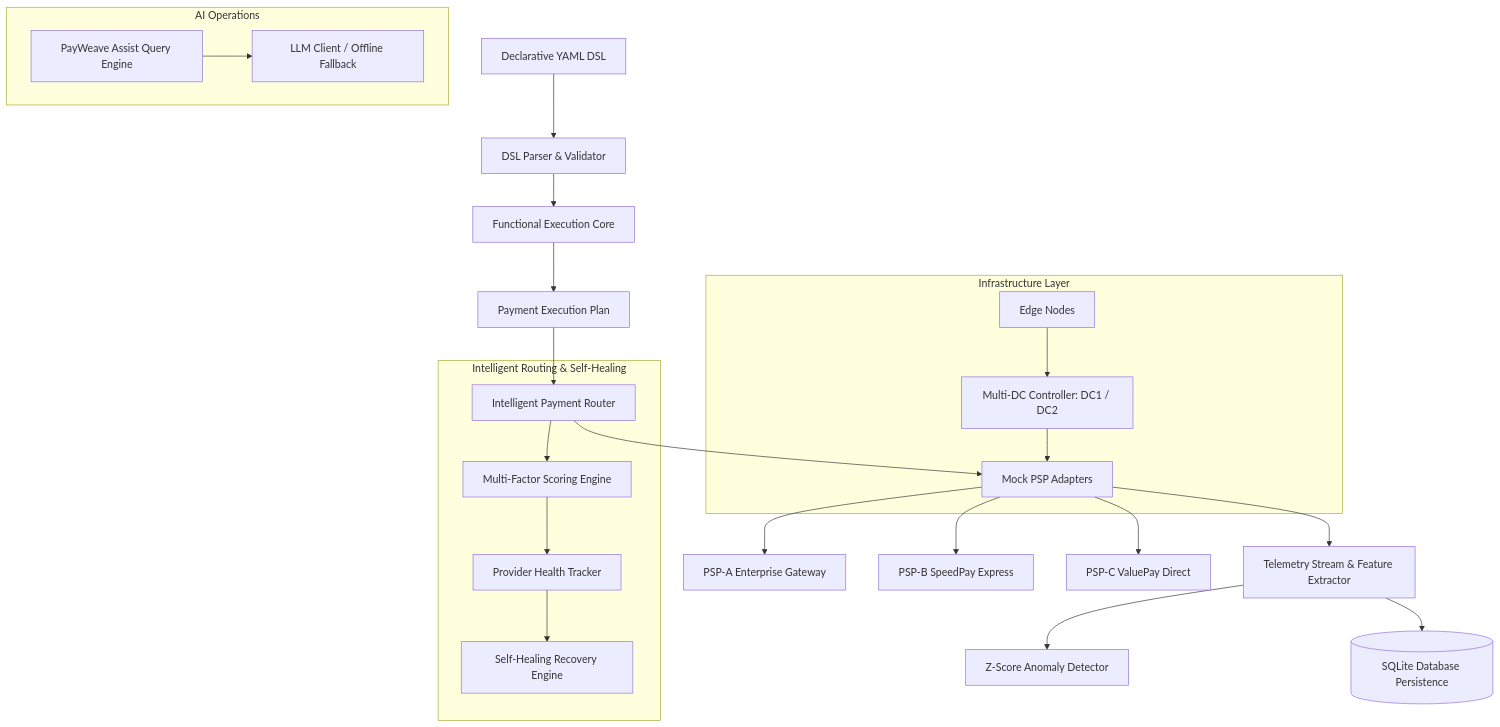
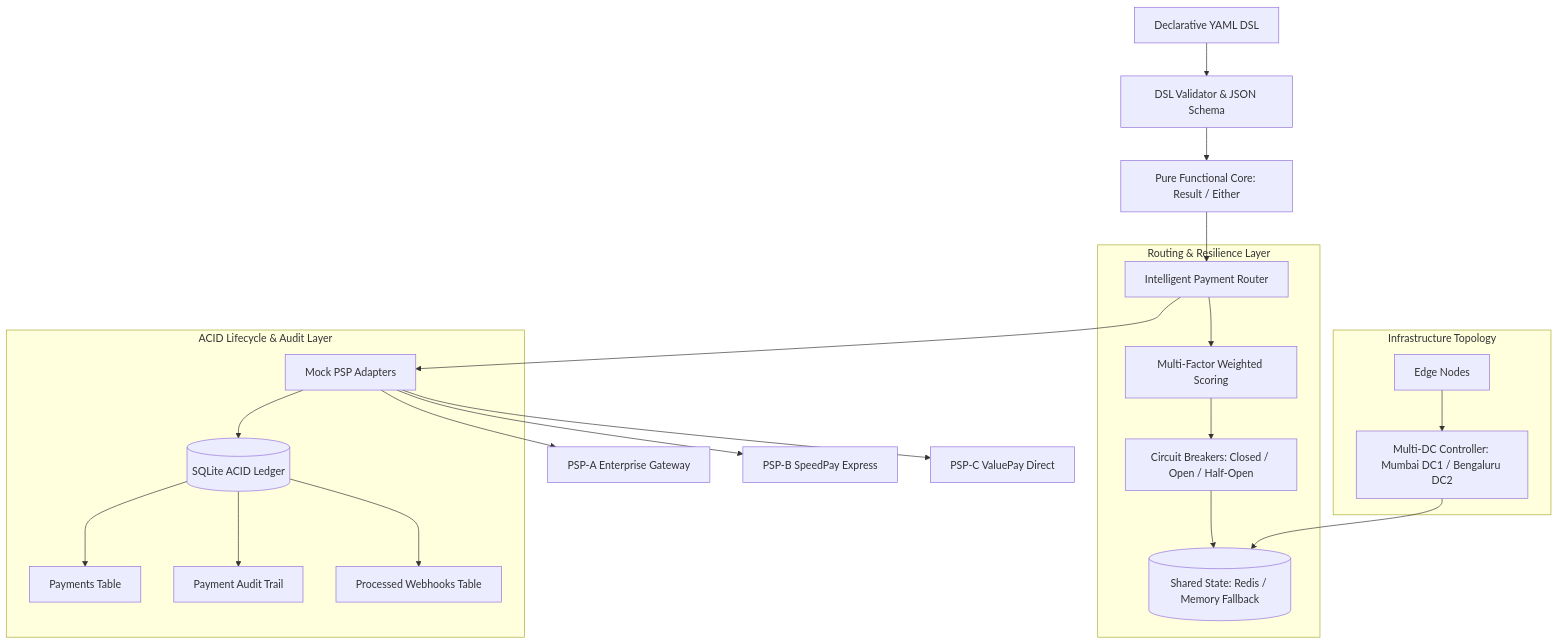
One commit to Dhanya562004/payweave-payment-framework changed the first of 3 diagrams in README.md. Above: the diagram before and after it, drawn with Mermaid. The commit also changed other lines of this file, not shown here.

Commit message:
docs(phase-11): comprehensive architecture diagrams, test results, and http benchmarks in readme

````diff
--- a/README.md
+++ b/README.md
@@ -51,31 +58,29 @@
 ```mermaid
 graph TD
-    DSL[Declarative YAML DSL] --> Parser[DSL Parser & Validator]
-    Parser --> Core[Functional Execution Core]
-    Core --> Plan[Payment Execution Plan]
-    Plan --> Router[Intelligent Payment Router]
+    DSL[Declarative YAML DSL] --> Parser[DSL Validator & JSON Schema]
+    Parser --> Core[Pure Functional Core: Result / Either]
+    Core --> Router[Intelligent Payment Router]
     
-    subgraph Intelligent Routing & Self-Healing
-        Router --> Score[Multi-Factor Scoring Engine]
-        Score --> Health[Provider Health Tracker]
-        Health --> Heal[Self-Healing Recovery Engine]
+    subgraph Routing & Resilience Layer
+        Router --> Score[Multi-Factor Weighted Scoring]
+        Score --> CB[Circuit Breakers: Closed / Open / Half-Open]
+        CB --> SharedState[(Shared State: Redis / Memory Fallback)]
     end
 
     Router --> PSPs[Mock PSP Adapters]
     PSPs --> PSPA[PSP-A Enterprise Gateway]
     PSPs --> PSPB[PSP-B SpeedPay Express]
     PSPs --> PSPC[PSP-C ValuePay Direct]
 
-    PSPs --> Telemetry[Telemetry Stream & Feature Extractor]
-    Telemetry --> Anomaly[Z-Score Anomaly Detector]
-    Telemetry --> Storage[(SQLite Database Persistence)]
-
-    subgraph Infrastructure Layer
-        Edge[Edge Nodes] --> MultiDC[Multi-DC Controller: DC1 / DC2]
-        MultiDC --> PSPs
+    subgraph ACID Lifecycle & Audit Layer
+        PSPs --> DB[(SQLite ACID Ledger)]
+        DB --> PayTable[Payments Table]
+        DB --> AuditTrail[Payment Audit Trail]
+        DB --> WebhookDedup[Processed Webhooks Table]
     end
 
-    subgraph AI Operations
-        AIOps[PayWeave Assist Query Engine] --> LLM[LLM Client / Offline Fallback]
+    subgraph Infrastructure Topology
+        Edge[Edge Nodes] --> MultiDC[Multi-DC Controller: Mumbai DC1 / Bengaluru DC2]
+        MultiDC --> SharedState
     end
 ```
````
